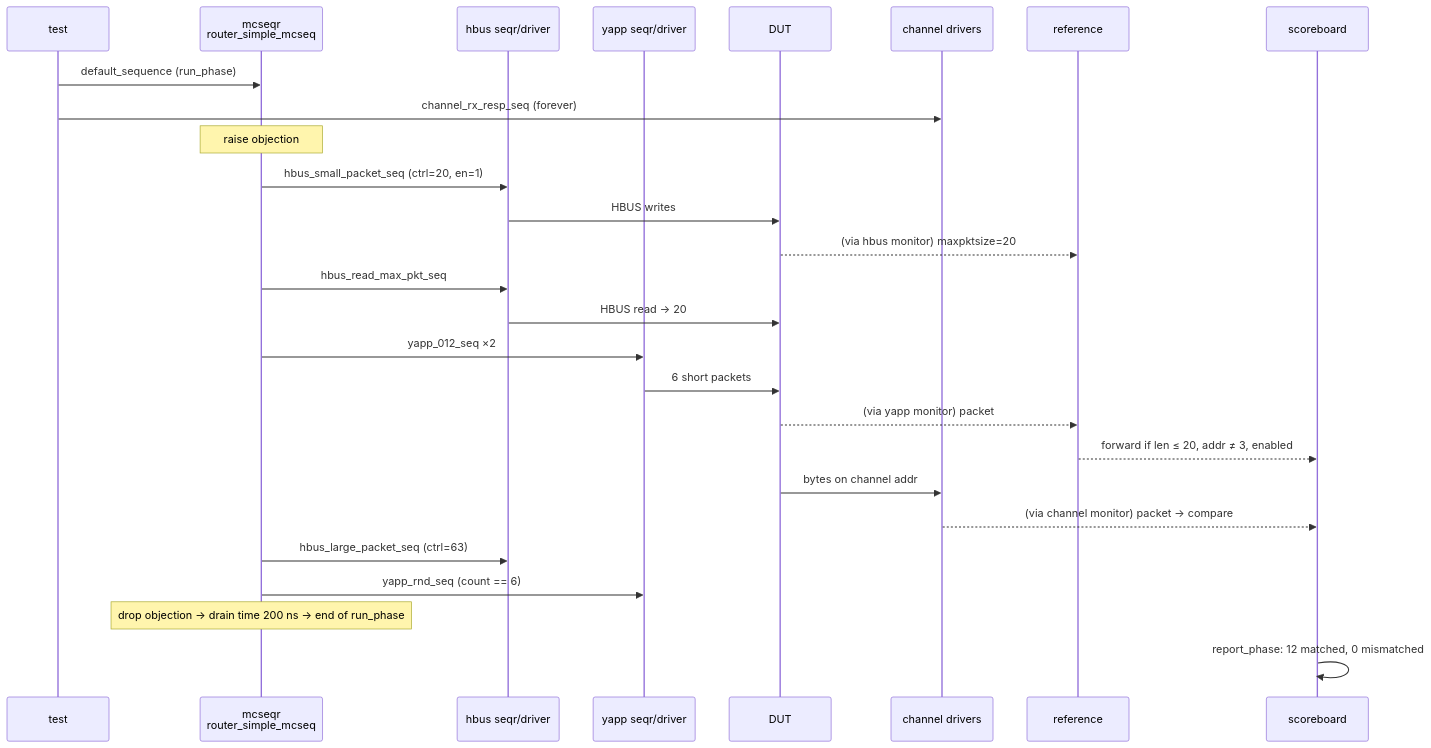
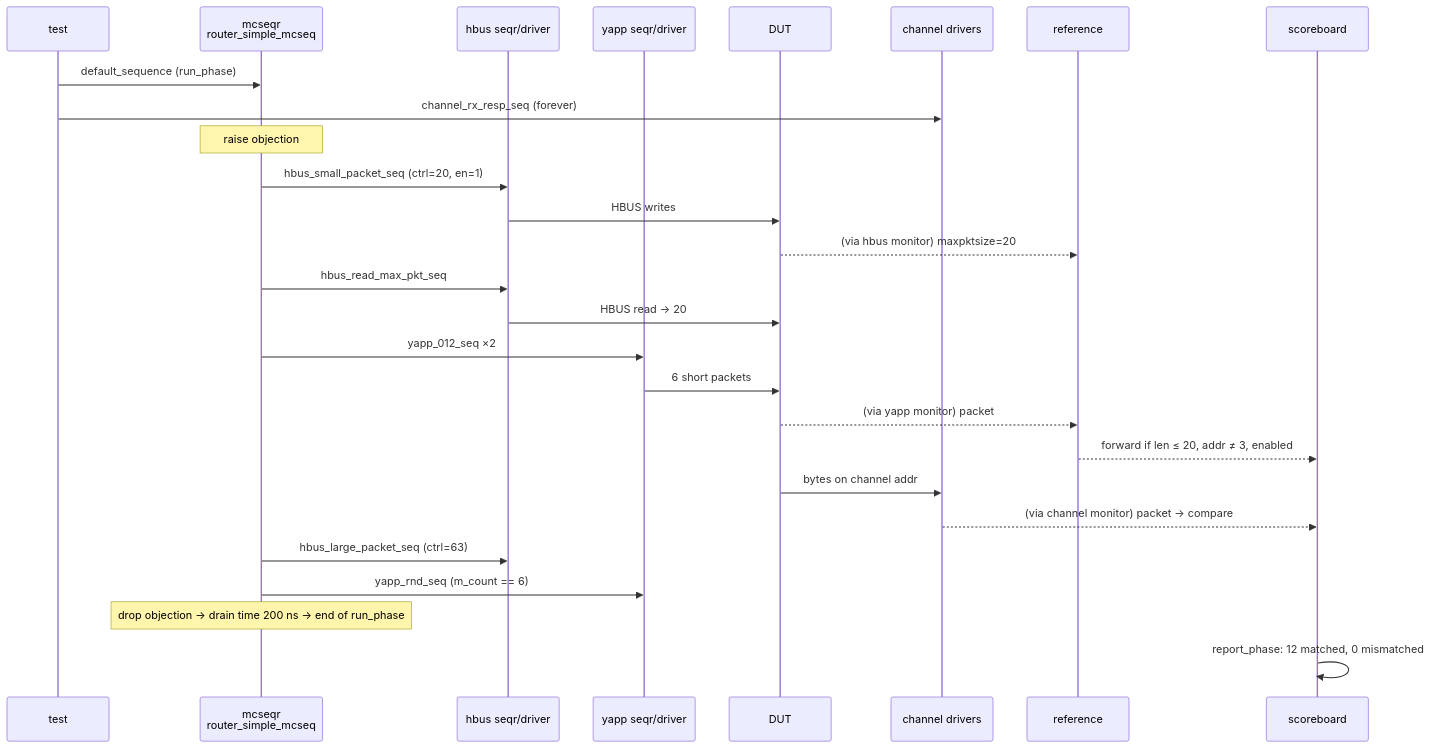
The third of 3 diagrams in docs/uvm/architecture.md (tamirgabgab/Qcom-Mentoring), drawn with Mermaid before and after one commit. The commit also changed other lines of this file and 83 other files, not shown here.

First line of the commit message:
Site diagrams use the code's variable names

````diff
--- a/docs/uvm/architecture.md
+++ b/docs/uvm/architecture.md
@@ -154,29 +154,29 @@
 ```mermaid
 sequenceDiagram
     participant T as test
     participant MC as mcseqr<br/>router_simple_mcseq
     participant H as hbus seqr/driver
     participant Y as yapp seqr/driver
     participant D as DUT
     participant C as channel drivers
     participant R as reference
     participant S as scoreboard
     T->>MC: default_sequence (run_phase)
     T->>C: channel_rx_resp_seq (forever)
     Note over MC: raise objection
     MC->>H: hbus_small_packet_seq (ctrl=20, en=1)
     H->>D: HBUS writes
     D-->>R: (via hbus monitor) maxpktsize=20
     MC->>H: hbus_read_max_pkt_seq
     H->>D: HBUS read → 20
     MC->>Y: yapp_012_seq ×2
     Y->>D: 6 short packets
     D-->>R: (via yapp monitor) packet
     R-->>S: forward if len ≤ 20, addr ≠ 3, enabled
     D->>C: bytes on channel addr
     C-->>S: (via channel monitor) packet → compare
     MC->>H: hbus_large_packet_seq (ctrl=63)
-    MC->>Y: yapp_rnd_seq (count == 6)
+    MC->>Y: yapp_rnd_seq (m_count == 6)
     Note over MC: drop objection → drain time 200 ns → end of run_phase
     S->>S: report_phase: 12 matched, 0 mismatched
 ```
````
